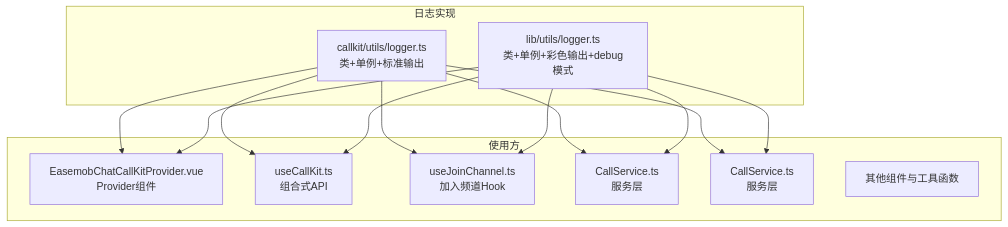
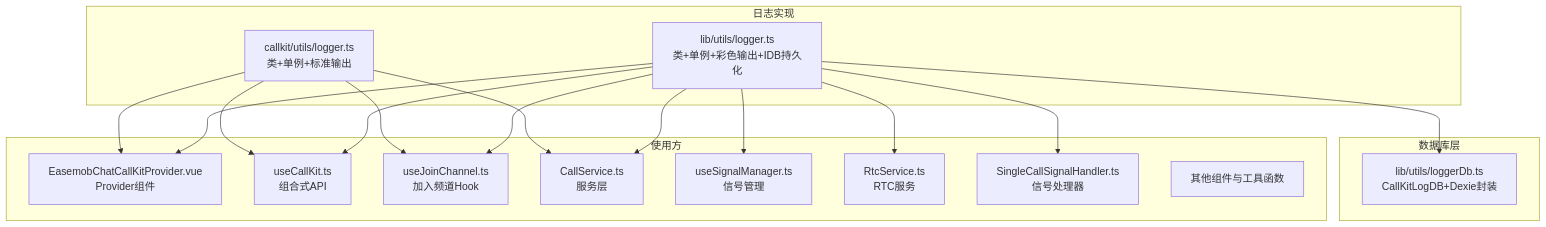
One commit to Easemob-Community/easemob-uikit-callkit-vue3 changed the first of 6 diagrams in .qoder/repowiki/zh/content/工具函数/日志管理器.md. Above: the diagram before and after it, drawn with Mermaid. The commit also changed other lines of this file and 58 other files, not shown here.

````diff
--- a/.qoder/repowiki/zh/content/工具函数/日志管理器.md
+++ b/.qoder/repowiki/zh/content/工具函数/日志管理器.md
@@ -44,25 +49,32 @@
 ```mermaid
 graph TB
 subgraph "日志实现"
 A["callkit/utils/logger.ts<br/>类+单例+标准输出"]
-B["lib/utils/logger.ts<br/>类+单例+彩色输出+debug模式"]
+B["lib/utils/logger.ts<br/>类+单例+彩色输出+IDB持久化"]
+end
+subgraph "数据库层"
+C["lib/utils/loggerDb.ts<br/>CallKitLogDB+Dexie封装"]
 end
 subgraph "使用方"
-C["EasemobChatCallKitProvider.vue<br/>Provider组件"]
-D["useCallKit.ts<br/>组合式API"]
-E["useJoinChannel.ts<br/>加入频道Hook"]
-F["CallService.ts<br/>服务层"]
+D["EasemobChatCallKitProvider.vue<br/>Provider组件"]
+E["useCallKit.ts<br/>组合式API"]
+F["useJoinChannel.ts<br/>加入频道Hook"]
 G["CallService.ts<br/>服务层"]
-H["其他组件与工具函数"]
+H["useSignalManager.ts<br/>信号管理"]
+I["RtcService.ts<br/>RTC服务"]
+J["SingleCallSignalHandler.ts<br/>信号处理器"]
+K["其他组件与工具函数"]
 end
-A --> C
 A --> D
 A --> E
 A --> F
 A --> G
 B --> C
 B --> D
 B --> E
 B --> F
 B --> G
+B --> H
+B --> I
+B --> J
 ```
````
